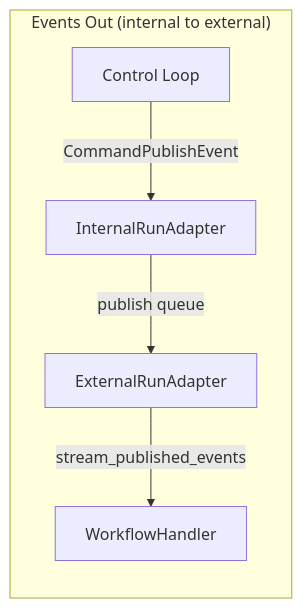
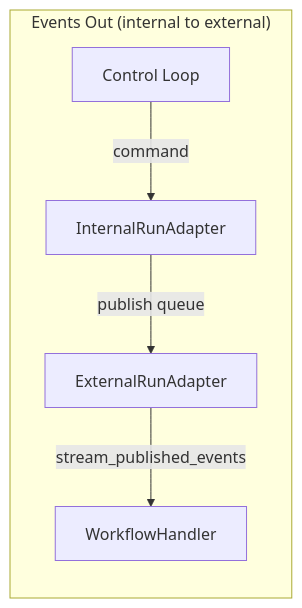
The fifth of 5 diagrams in architecture-docs/core-overview.md (run-llama/workflows-py), drawn with Mermaid before and after one commit. The commit also changed other lines of this file and 2 other files, not shown here.

````diff
--- a/architecture-docs/core-overview.md
+++ b/architecture-docs/core-overview.md
@@ -106,8 +98,8 @@
 ```mermaid
 graph LR
     subgraph "Events Out (internal to external)"
-        CL2[Control Loop] -->|CommandPublishEvent| IA2[InternalRunAdapter]
+        CL2[Control Loop] -->|command| IA2[InternalRunAdapter]
         IA2 -->|publish queue| EA2[ExternalRunAdapter]
         EA2 -->|stream_published_events| H2[WorkflowHandler]
     end
 ```
````
